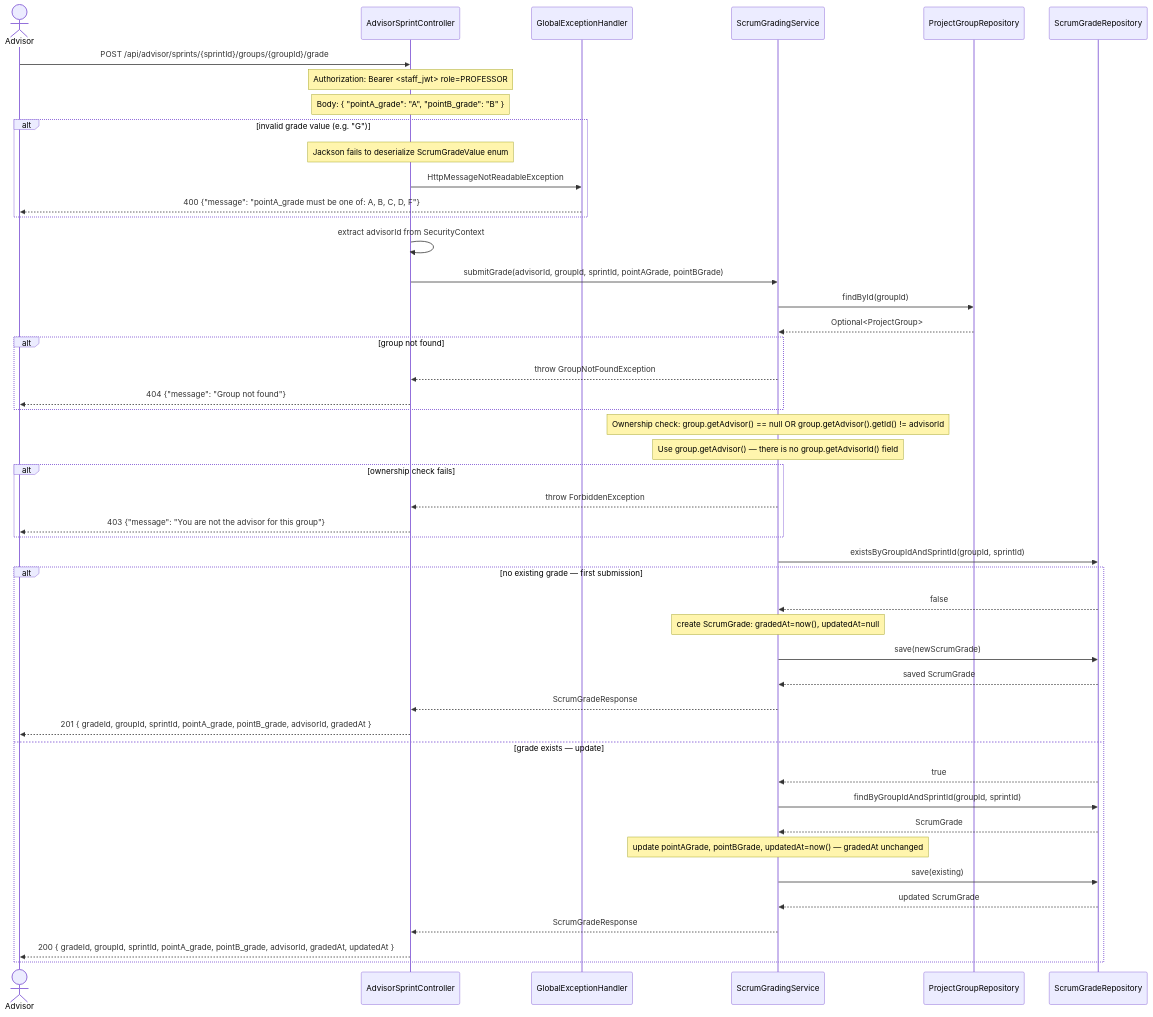
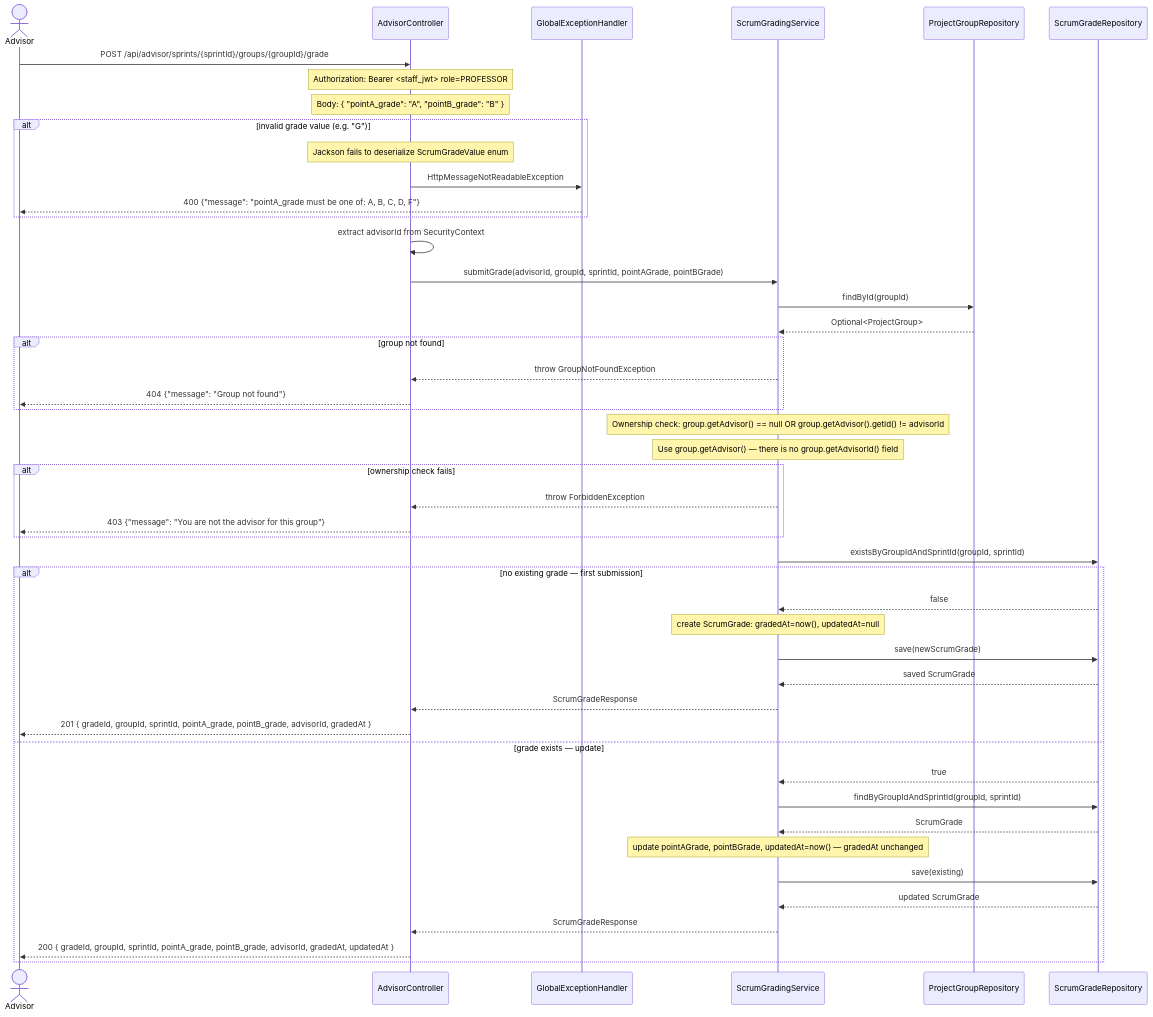
One commit to SE3318-Spring-2025-2026/senior-app-6 changed the first of 2 diagrams in docs/process5/sequences/5.5b_advisor_scrum_grading.md. Above: the diagram before and after it, drawn with Mermaid. The commit also changed other lines of this file and 4 other files, not shown here.

````diff
--- a/docs/process5/sequences/5.5b_advisor_scrum_grading.md
+++ b/docs/process5/sequences/5.5b_advisor_scrum_grading.md
@@ -13,59 +13,59 @@
 ```mermaid
 sequenceDiagram
     actor Advisor
-    participant AdvisorSprintController
+    participant AdvisorController
     participant GlobalExceptionHandler
     participant ScrumGradingService
     participant ProjectGroupRepository
     participant ScrumGradeRepository
 
-    Advisor->>AdvisorSprintController: POST /api/advisor/sprints/{sprintId}/groups/{groupId}/grade
-    Note over AdvisorSprintController: Authorization: Bearer <staff_jwt> role=PROFESSOR
-    Note over AdvisorSprintController: Body: { "pointA_grade": "A", "pointB_grade": "B" }
+    Advisor->>AdvisorController: POST /api/advisor/sprints/{sprintId}/groups/{groupId}/grade
+    Note over AdvisorController: Authorization: Bearer <staff_jwt> role=PROFESSOR
+    Note over AdvisorController: Body: { "pointA_grade": "A", "pointB_grade": "B" }
 
     alt invalid grade value (e.g. "G")
-        Note over AdvisorSprintController: Jackson fails to deserialize ScrumGradeValue enum
-        AdvisorSprintController->>GlobalExceptionHandler: HttpMessageNotReadableException
+        Note over AdvisorController: Jackson fails to deserialize ScrumGradeValue enum
+        AdvisorController->>GlobalExceptionHandler: HttpMessageNotReadableException
         GlobalExceptionHandler-->>Advisor: 400 {"message": "pointA_grade must be one of: A, B, C, D, F"}
     end
 
-    AdvisorSprintController->>AdvisorSprintController: extract advisorId from SecurityContext
-    AdvisorSprintController->>ScrumGradingService: submitGrade(advisorId, groupId, sprintId, pointAGrade, pointBGrade)
+    AdvisorController->>AdvisorController: extract advisorId from SecurityContext
+    AdvisorController->>ScrumGradingService: submitGrade(advisorId, groupId, sprintId, pointAGrade, pointBGrade)
 
     ScrumGradingService->>ProjectGroupRepository: findById(groupId)
     ProjectGroupRepository-->>ScrumGradingService: Optional<ProjectGroup>
 
     alt group not found
-        ScrumGradingService-->>AdvisorSprintController: throw GroupNotFoundException
-        AdvisorSprintController-->>Advisor: 404 {"message": "Group not found"}
+        ScrumGradingService-->>AdvisorController: throw GroupNotFoundException
+        AdvisorController-->>Advisor: 404 {"message": "Group not found"}
     end
 
     Note over ScrumGradingService: Ownership check: group.getAdvisor() == null OR group.getAdvisor().getId() != advisorId
     Note over ScrumGradingService: Use group.getAdvisor() — there is no group.getAdvisorId() field
 
     alt ownership check fails
-        ScrumGradingService-->>AdvisorSprintController: throw ForbiddenException
-        AdvisorSprintController-->>Advisor: 403 {"message": "You are not the advisor for this group"}
+        ScrumGradingService-->>AdvisorController: throw ForbiddenException
+        AdvisorController-->>Advisor: 403 {"message": "You are not the advisor for this group"}
     end
 
     ScrumGradingService->>ScrumGradeRepository: existsByGroupIdAndSprintId(groupId, sprintId)
 
     alt no existing grade — first submission
         ScrumGradeRepository-->>ScrumGradingService: false
         Note over ScrumGradingService: create ScrumGrade: gradedAt=now(), updatedAt=null
         ScrumGradingService->>ScrumGradeRepository: save(newScrumGrade)
         ScrumGradeRepository-->>ScrumGradingService: saved ScrumGrade
-        ScrumGradingService-->>AdvisorSprintController: ScrumGradeResponse
-        AdvisorSprintController-->>Advisor: 201 { gradeId, groupId, sprintId, pointA_grade, pointB_grade, advisorId, gradedAt }
+        ScrumGradingService-->>AdvisorController: ScrumGradeResponse
+        AdvisorController-->>Advisor: 201 { gradeId, groupId, sprintId, pointA_grade, pointB_grade, advisorId, gradedAt }
 
     else grade exists — update
         ScrumGradeRepository-->>ScrumGradingService: true
         ScrumGradingService->>ScrumGradeRepository: findByGroupIdAndSprintId(groupId, sprintId)
         ScrumGradeRepository-->>ScrumGradingService: ScrumGrade
         Note over ScrumGradingService: update pointAGrade, pointBGrade, updatedAt=now() — gradedAt unchanged
         ScrumGradingService->>ScrumGradeRepository: save(existing)
         ScrumGradeRepository-->>ScrumGradingService: updated ScrumGrade
-        ScrumGradingService-->>AdvisorSprintController: ScrumGradeResponse
-        AdvisorSprintController-->>Advisor: 200 { gradeId, groupId, sprintId, pointA_grade, pointB_grade, advisorId, gradedAt, updatedAt }
+        ScrumGradingService-->>AdvisorController: ScrumGradeResponse
+        AdvisorController-->>Advisor: 200 { gradeId, groupId, sprintId, pointA_grade, pointB_grade, advisorId, gradedAt, updatedAt }
     end
 ```
````
